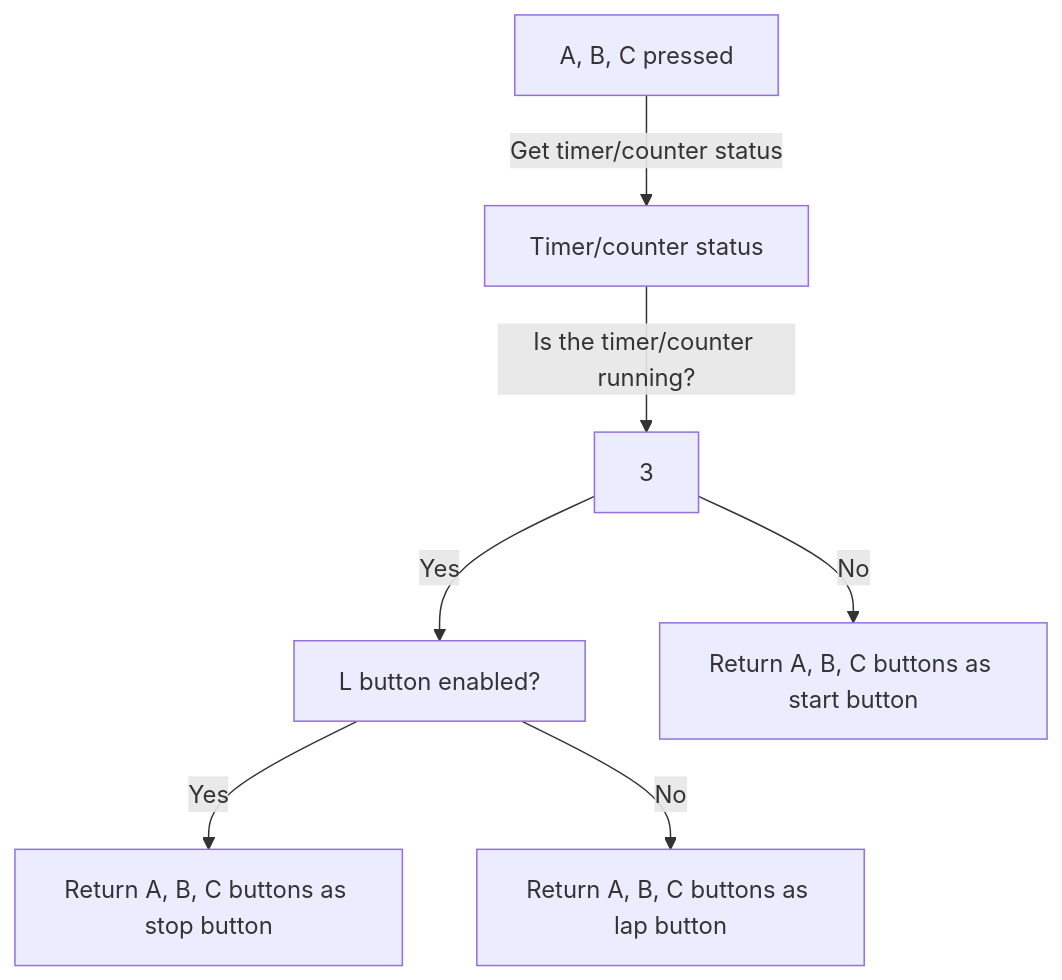
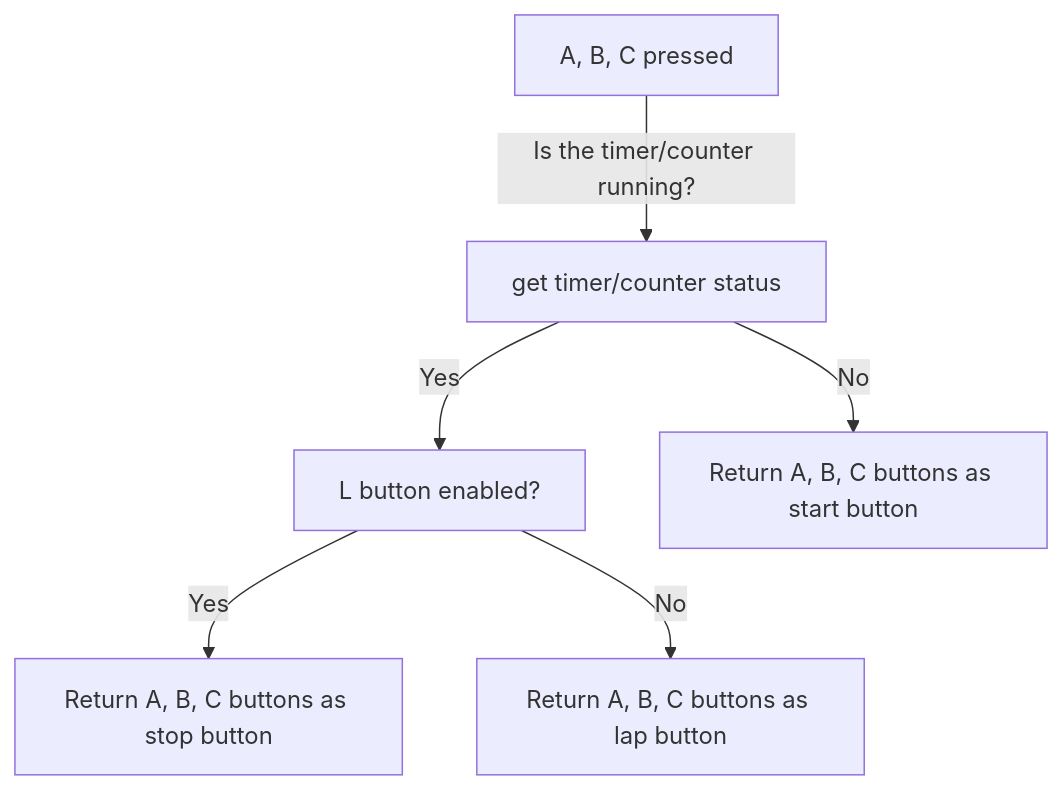
One commit to 1999AZZAR/arduino-timer changed the diagram in readme.md. Above: the diagram before and after it, drawn with Mermaid.

````diff
--- a/readme.md
+++ b/readme.md
@@ -39,9 +39,8 @@
 ```mermaid
 flowchart TD
-   1[A, B, C pressed] -->|Get timer/counter status| 2
-   2[Timer/counter status] -->|Is the timer/counter running?| 3
+   1[A, B, C pressed] -->|Is the timer/counter running?| 3[get timer/counter status]
    3 -->|Yes| 4[Get L status]
    3 -->|No| 5[Return A, B, C buttons as start button]
    4[L button enabled?] -->|Yes| 6[Return A, B, C buttons as stop button]
    4[L button enabled?] -->|No| 7[Return A, B, C buttons as lap button]
 ```
````
